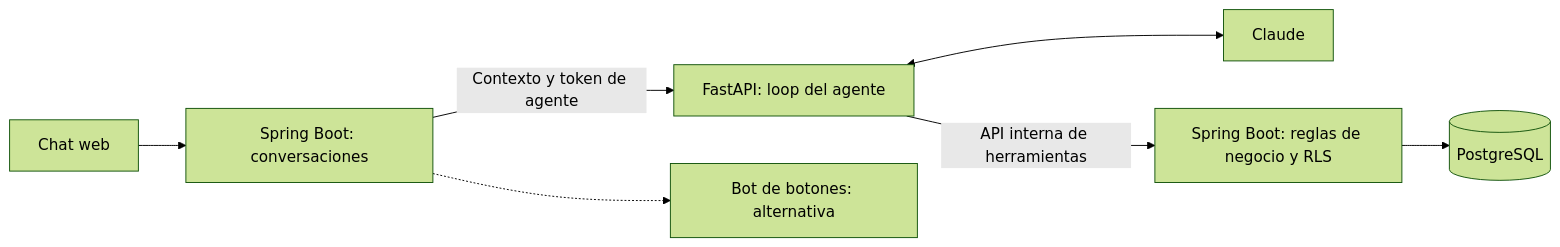
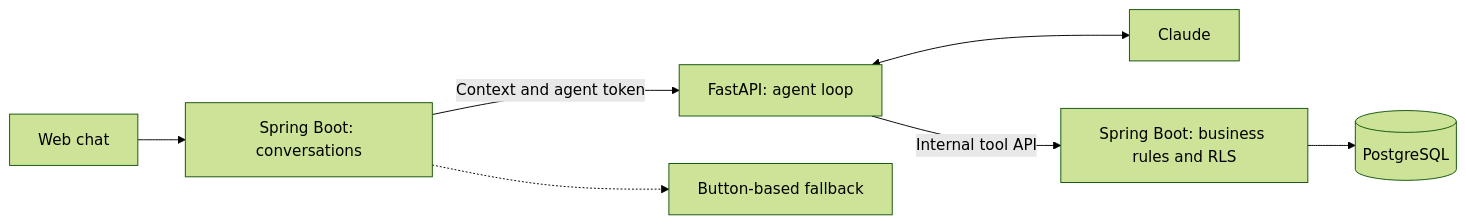
Before and after one commit to francoamarilla/Recepta: the diagram in README.md, drawn with Mermaid (forest theme). The commit also changed other lines of this file and 8 other files, not shown here.

````diff
--- a/README.md
+++ b/README.md
@@ -25,9 +25,9 @@
 ```mermaid
 flowchart LR
-    W[Chat web] --> S[Spring Boot: conversaciones]
-    S -->|Contexto y token de agente| A[FastAPI: loop del agente]
+    W[Web chat] --> S[Spring Boot: conversations]
+    S -->|Context and agent token| A[FastAPI: agent loop]
     A <--> L[Claude]
-    A -->|API interna de herramientas| T[Spring Boot: reglas de negocio y RLS]
+    A -->|Internal tool API| T[Spring Boot: business rules and RLS]
     T --> DB[(PostgreSQL)]
-    S -.-> B[Bot de botones: alternativa]
+    S -.-> B[Button-based fallback]
 ```
````
